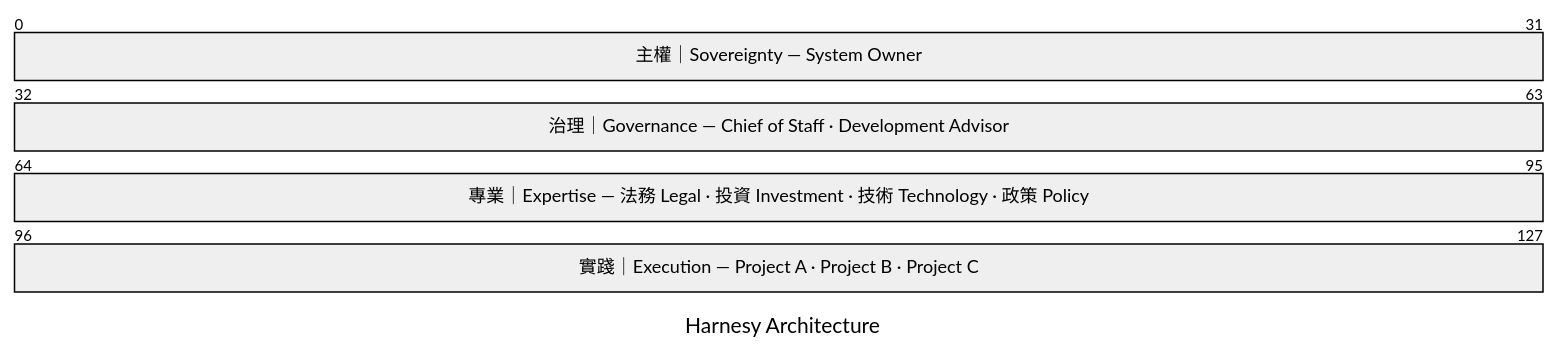
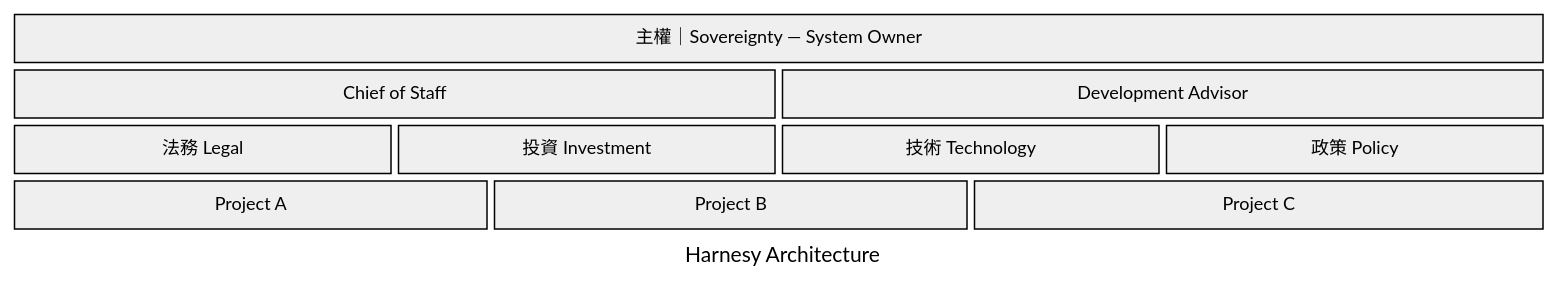
One commit to MarkovChenITRI/.github changed the third of 3 diagrams in profile/README.md. Above: the diagram before and after it, drawn with Mermaid.

````diff
--- a/profile/README.md
+++ b/profile/README.md
@@ -105,10 +105,19 @@
 ```mermaid
 ---
 title: Harnesy Architecture
+config:
+  packet:
+    showBits: false
 ---
 packet
 0-31: "主權｜Sovereignty — System Owner"
-32-63: "治理｜Governance — Chief of Staff · Development Advisor"
-64-95: "專業｜Expertise — 法務 Legal · 投資 Investment · 技術 Technology · 政策 Policy"
-96-127: "實踐｜Execution — Project A · Project B · Project C"
+32-47: "Chief of Staff"
+48-63: "Development Advisor"
+64-71: "法務 Legal"
+72-79: "投資 Investment"
+80-87: "技術 Technology"
+88-95: "政策 Policy"
+96-105: "Project A"
+106-115: "Project B"
+116-127: "Project C"
 ```
````
